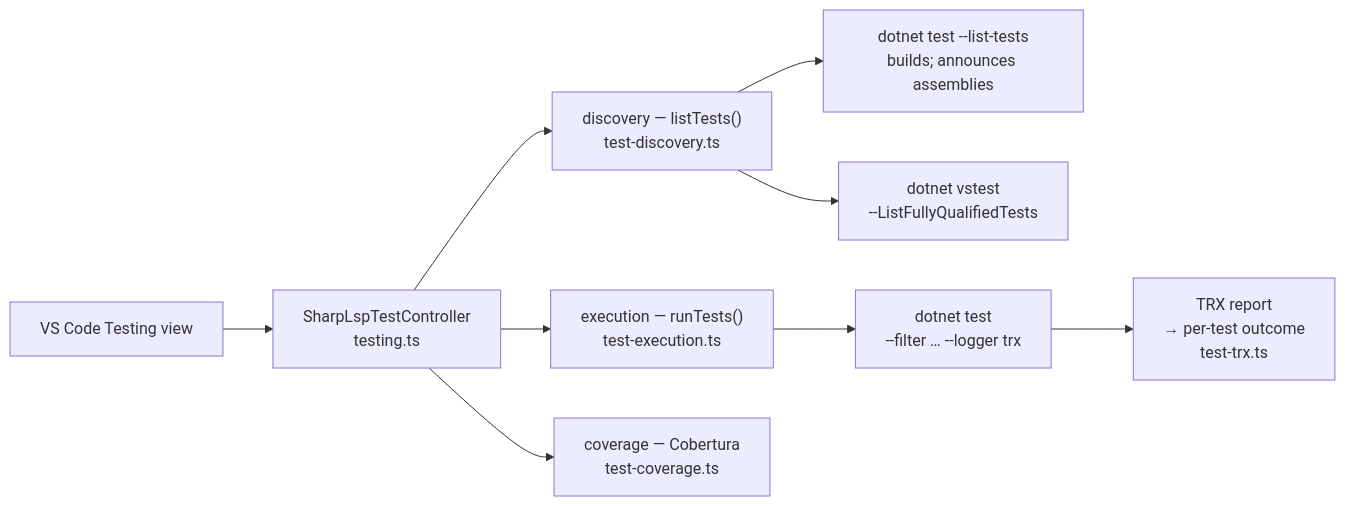
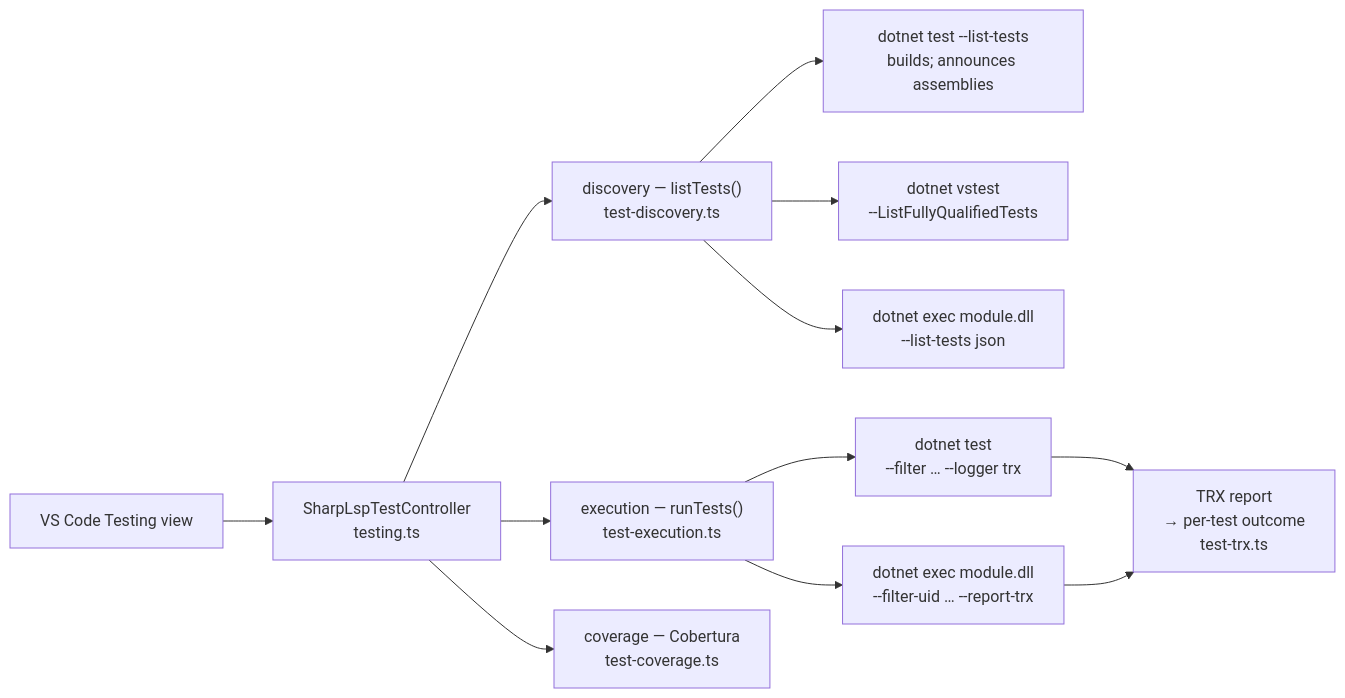
One commit to Nimblesite/SharpLsp changed the diagram in docs/specs/TEST-EXPLORER-SPEC.md. Above: the diagram before and after it, drawn with Mermaid. The commit also changed other lines of this file and 115 other files, not shown here.

````diff
--- a/docs/specs/TEST-EXPLORER-SPEC.md
+++ b/docs/specs/TEST-EXPLORER-SPEC.md
@@ -16,11 +21,14 @@
 ```mermaid
 flowchart LR
     VIEW["VS Code Testing view"] --> CONTROLLER["SharpLspTestController<br/>testing.ts"]
     CONTROLLER --> DISCOVERY["discovery — listTests()<br/>test-discovery.ts"]
     CONTROLLER --> EXECUTION["execution — runTests()<br/>test-execution.ts"]
     CONTROLLER --> COVERAGE["coverage — Cobertura<br/>test-coverage.ts"]
     DISCOVERY --> LISTTESTS["dotnet test --list-tests<br/>builds; announces assemblies"]
     DISCOVERY --> VSTEST["dotnet vstest<br/>--ListFullyQualifiedTests"]
+    DISCOVERY --> MTPLIST["dotnet exec module.dll<br/>--list-tests json"]
     EXECUTION --> RUN["dotnet test<br/>--filter … --logger trx"]
+    EXECUTION --> MTPRUN["dotnet exec module.dll<br/>--filter-uid … --report-trx"]
     RUN --> TRX["TRX report<br/>→ per-test outcome<br/>test-trx.ts"]
+    MTPRUN --> TRX
 ```
````
